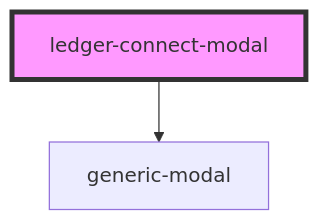
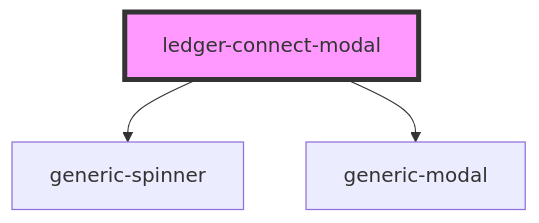
Before and after one commit to multiversx/mx-sdk-dapp-ui: the diagram in src/components/ledger-connect-modal/readme.md, drawn with Mermaid. The commit also changed other lines of this file and 11 other files, not shown here.

Commit message:
Add wallet connect tests and generic spinner

````diff
--- a/src/components/ledger-connect-modal/readme.md
+++ b/src/components/ledger-connect-modal/readme.md
@@ -35,5 +36,6 @@
 ```mermaid
 graph TD;
+  ledger-connect-modal --> generic-spinner
   ledger-connect-modal --> generic-modal
   style ledger-connect-modal fill:#f9f,stroke:#333,stroke-width:4px
 ```
````
